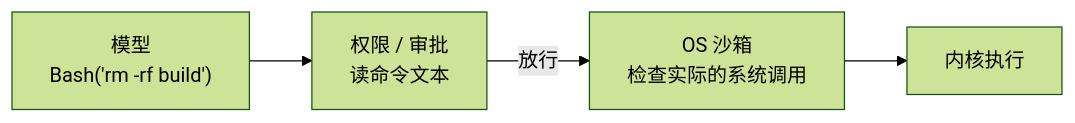
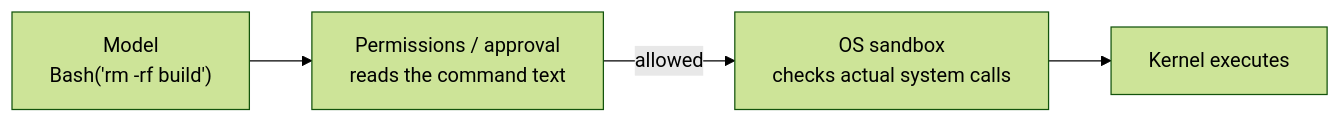
Before and after one commit to alvingaopro/knowledge: the diagram in docs/ai-agents/sandboxing/permissions-vs-sandbox.md, drawn with Mermaid (forest theme). The commit also changed other lines of this file and 60 other files, not shown here.

````diff
--- a/docs/ai-agents/sandboxing/permissions-vs-sandbox.md
+++ b/docs/ai-agents/sandboxing/permissions-vs-sandbox.md
@@ -14,6 +14,6 @@
 ```mermaid
 flowchart LR
-  M["模型<br/>Bash('rm -rf build')"] --> P["权限 / 审批<br/>读命令文本"]
-  P -->|放行| S["OS 沙箱<br/>检查实际的系统调用"]
-  S --> K["内核执行"]
+  M["Model<br/>Bash('rm -rf build')"] --> P["Permissions / approval<br/>reads the command text"]
+  P -->|allowed| S["OS sandbox<br/>checks actual system calls"]
+  S --> K["Kernel executes"]
 ```
````
